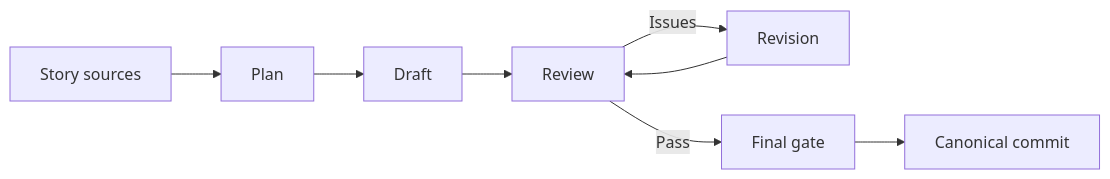
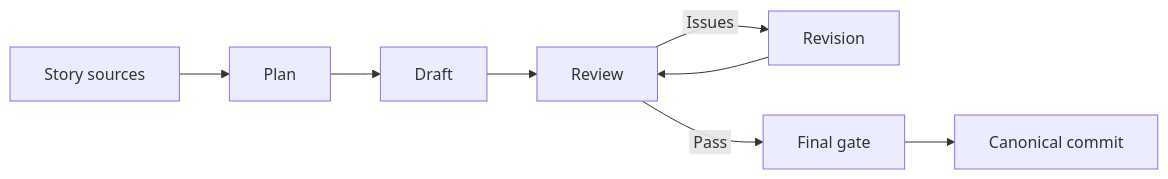
One commit to shjkea/NovelAgent changed the second of 3 diagrams in README_EN.md. Above: the diagram before and after it, drawn with Mermaid. The commit also changed other lines of this file and 1 other file, not shown here.

Commit message:
Fix Mermaid text clipping

````diff
--- a/README_EN.md
+++ b/README_EN.md
@@ -64,10 +64,10 @@
 ```mermaid
 flowchart LR
-    A["Story sources"] --> B["Plan"]
-    B --> C["Draft"]
-    C --> D["Review"]
-    D -->|"Issues"| E["Revision"]
+    A["&nbsp;Story sources&nbsp;"] --> B["&nbsp;Plan&nbsp;"]
+    B --> C["&nbsp;Draft&nbsp;"]
+    C --> D["&nbsp;Review&nbsp;"]
+    D -->|"&nbsp;Issues&nbsp;"| E["&nbsp;Revision&nbsp;"]
     E --> D
-    D -->|"Pass"| F["Final gate"]
-    F --> G["Canonical commit"]
+    D -->|"&nbsp;Pass&nbsp;"| F["&nbsp;Final gate&nbsp;"]
+    F --> G["&nbsp;Canonical commit&nbsp;"]
 ```
````
